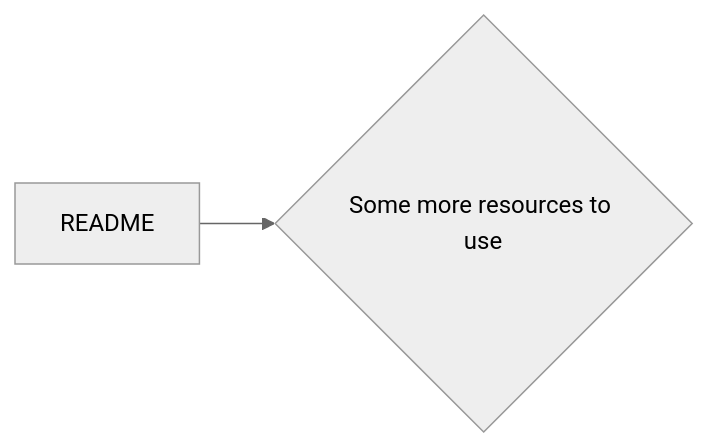
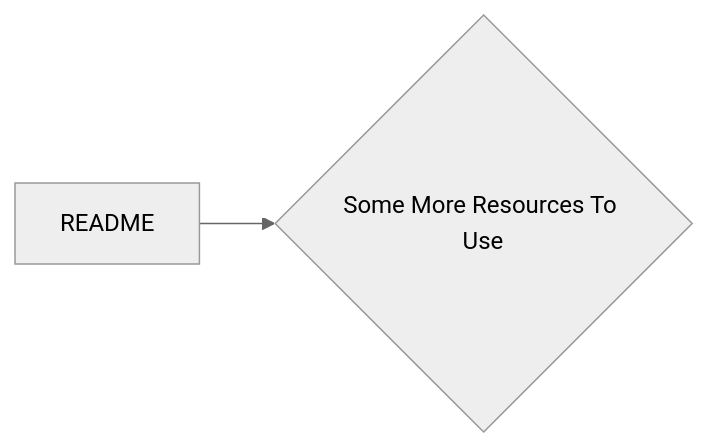
The diagram in notes/Some_More_Resources_To_Use.md (lpurdy01/crypto-knowledge-map), drawn with Mermaid (neutral theme) before and after one commit. The commit also changed 50 other files, not shown here.

````diff
--- a/notes/Some_More_Resources_To_Use.md
+++ b/notes/Some_More_Resources_To_Use.md
@@ -9,4 +9,4 @@
 ```mermaid
 graph LR
-1["README"]-->0{"Some more resources to use"}
+1["README"]-->0{"Some More Resources To Use"}
 ```
````
